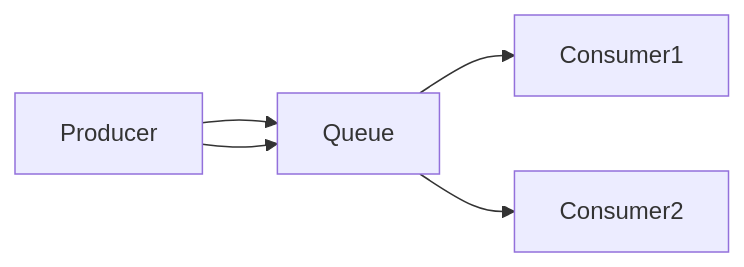
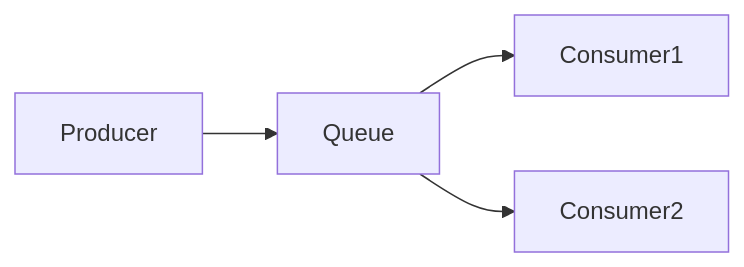
Before and after one commit to zengjunhuai/Code: the second of 3 diagrams in MQProject/RabbitMQProject/README.md, drawn with Mermaid.

````diff
--- a/MQProject/RabbitMQProject/README.md
+++ b/MQProject/RabbitMQProject/README.md
@@ -15,5 +15,5 @@
 ```mermaid
       flowchart LR;
            Producer-->    Queue    -->Consumer1;
-           Producer-->    Queue    -->Consumer2;
+                          Queue    -->Consumer2;
 ```
````
